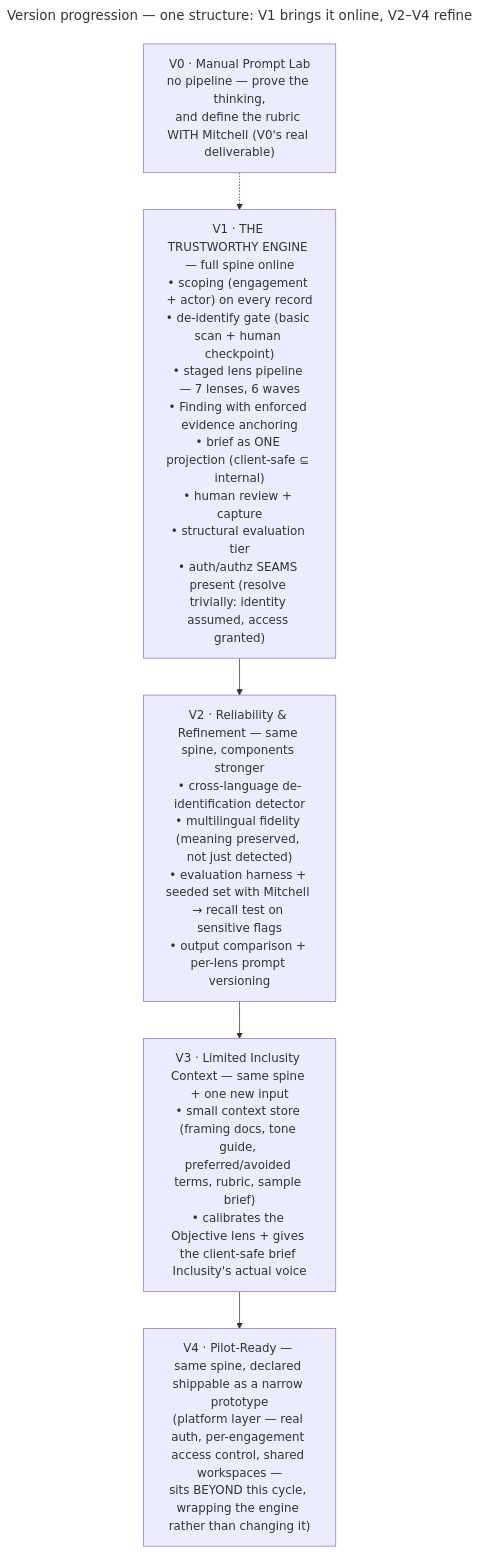
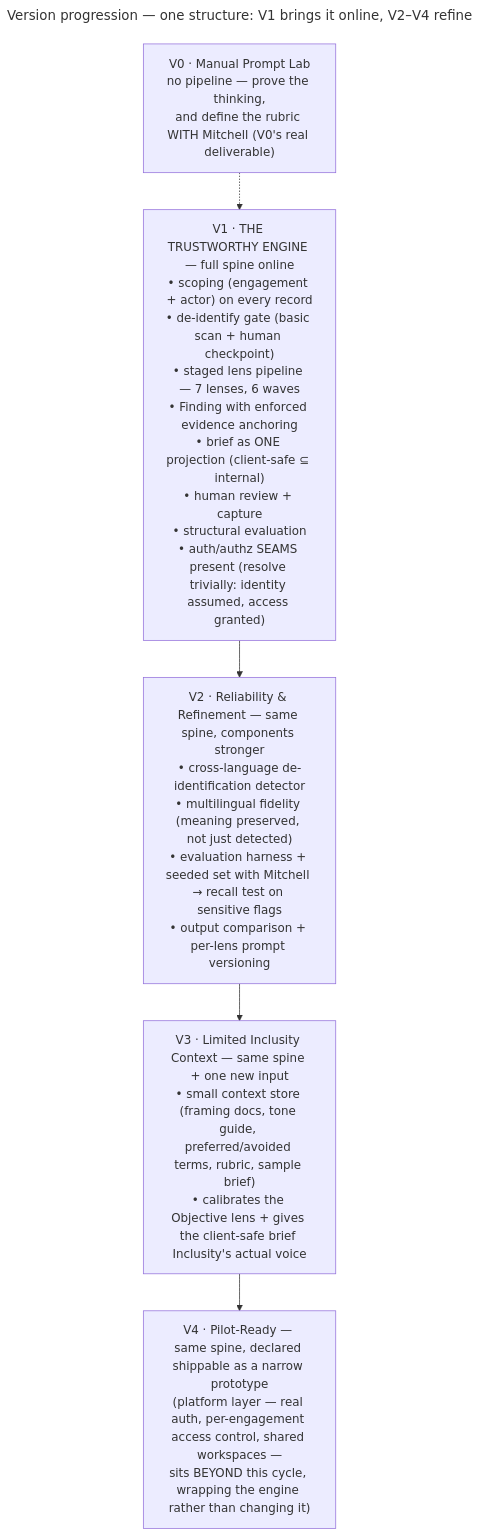
The third of 3 diagrams in docs/build_approach.md (dkent600/HumanLens), drawn with Mermaid before and after one commit. The commit also changed other lines of this file and 1 other file, not shown here.

````diff
--- a/docs/build_approach.md
+++ b/docs/build_approach.md
@@ -972,17 +972,17 @@
 ```mermaid
 ---
 title: "Version progression — one structure: V1 brings it online, V2–V4 refine"
 ---
 flowchart TD
     V0["V0 · Manual Prompt Lab<br/>no pipeline — prove the thinking,<br/>and define the rubric WITH Mitchell (V0's real deliverable)"]
 
-    V1["V1 · THE TRUSTWORTHY ENGINE — full spine online<br/>• scoping (engagement + actor) on every record<br/>• de-identify gate (basic scan + human checkpoint)<br/>• staged lens pipeline — 7 lenses, 6 waves<br/>• Finding with enforced evidence anchoring<br/>• brief as ONE projection (client-safe ⊆ internal)<br/>• human review + capture<br/>• structural evaluation tier<br/>• auth/authz SEAMS present (resolve trivially: identity assumed, access granted)"]
+    V1["V1 · THE TRUSTWORTHY ENGINE — full spine online<br/>• scoping (engagement + actor) on every record<br/>• de-identify gate (basic scan + human checkpoint)<br/>• staged lens pipeline — 7 lenses, 6 waves<br/>• Finding with enforced evidence anchoring<br/>• brief as ONE projection (client-safe ⊆ internal)<br/>• human review + capture<br/>• structural evaluation<br/>• auth/authz SEAMS present (resolve trivially: identity assumed, access granted)"]
 
     V2["V2 · Reliability & Refinement — same spine, components stronger<br/>• cross-language de-identification detector<br/>• multilingual fidelity (meaning preserved, not just detected)<br/>• evaluation harness + seeded set with Mitchell → recall test on sensitive flags<br/>• output comparison + per-lens prompt versioning"]
 
     V3["V3 · Limited Inclusity Context — same spine + one new input<br/>• small context store (framing docs, tone guide, preferred/avoided terms, rubric, sample brief)<br/>• calibrates the Objective lens + gives the client-safe brief Inclusity's actual voice"]
 
     V4["V4 · Pilot-Ready — same spine, declared shippable as a narrow prototype<br/>(platform layer — real auth, per-engagement access control, shared workspaces —<br/>sits BEYOND this cycle, wrapping the engine rather than changing it)"]
 
     V0 -.-> V1 --> V2 --> V3 --> V4
 ```
````
